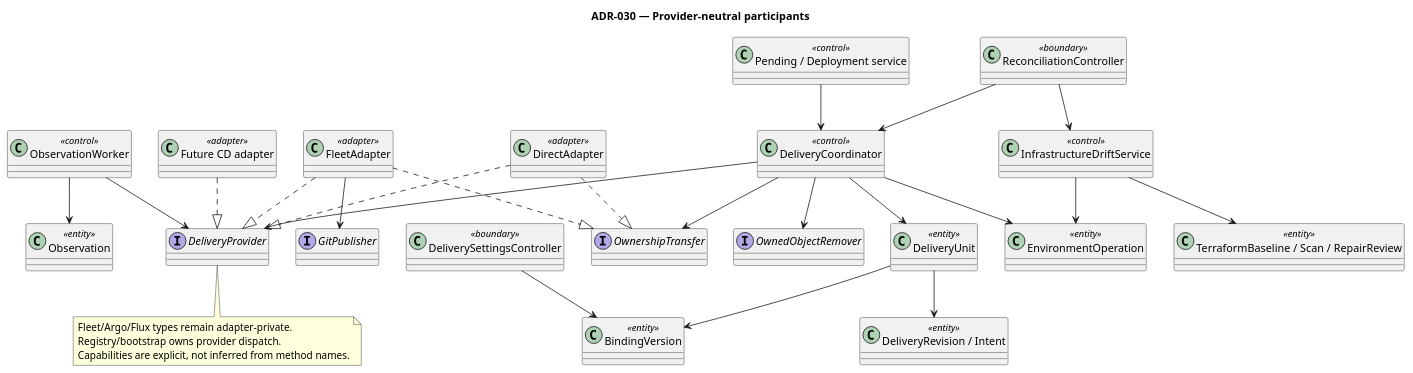
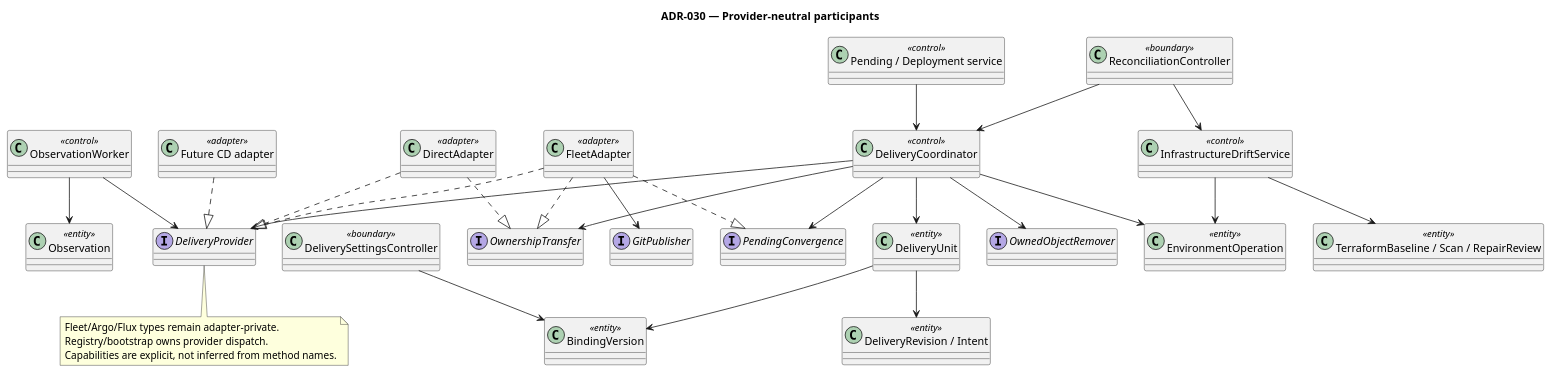
One commit to pr3s3nt/poc changed the diagram in orchestrator_docs/architecture/components/delivery-reconciliation-vopc.puml. Above: the diagram before and after it, drawn with PlantUML. The commit also changed 18 other files, not shown here.

Commit message:
fix: converge receipted Fleet units under the active owner (Refs #49)

```diff
--- a/orchestrator_docs/architecture/components/delivery-reconciliation-vopc.puml
+++ b/orchestrator_docs/architecture/components/delivery-reconciliation-vopc.puml
@@ -1,49 +1,52 @@
 @startuml
 title ADR-030 — Provider-neutral participants
 skinparam componentStyle rectangle
 class "DeliverySettingsController" <<boundary>>
 class "ReconciliationController" <<boundary>>
 class "Pending / Deployment service" <<control>>
 class "DeliveryCoordinator" <<control>>
 class "ObservationWorker" <<control>>
 class "InfrastructureDriftService" <<control>>
 interface "DeliveryProvider" as Provider
 interface "OwnershipTransfer" as Transfer
+interface "PendingConvergence" as Converge
 interface "GitPublisher" as Publisher
 interface "OwnedObjectRemover" as Remover
 class "DirectAdapter" <<adapter>>
 class "FleetAdapter" <<adapter>>
 class "Future CD adapter" <<adapter>>
 class "BindingVersion" <<entity>>
 class "DeliveryUnit" <<entity>>
 class "DeliveryRevision / Intent" <<entity>>
 class "Observation" <<entity>>
 class "TerraformBaseline / Scan / RepairReview" <<entity>>
 class "EnvironmentOperation" <<entity>>
 "DeliverySettingsController" --> "BindingVersion"
 "ReconciliationController" --> "DeliveryCoordinator"
 "ReconciliationController" --> "InfrastructureDriftService"
 "Pending / Deployment service" --> "DeliveryCoordinator"
 "DeliveryCoordinator" --> Provider
 "DeliveryCoordinator" --> Transfer
+"DeliveryCoordinator" --> Converge
 "DeliveryCoordinator" --> Remover
 "DeliveryCoordinator" --> "EnvironmentOperation"
 "DeliveryCoordinator" --> "DeliveryUnit"
 "DeliveryUnit" --> "DeliveryRevision / Intent"
 "DeliveryUnit" --> "BindingVersion"
 "ObservationWorker" --> Provider
 "ObservationWorker" --> "Observation"
 "InfrastructureDriftService" --> "TerraformBaseline / Scan / RepairReview"
 "InfrastructureDriftService" --> "EnvironmentOperation"
 "DirectAdapter" ..|> Provider
 "FleetAdapter" ..|> Provider
 "Future CD adapter" ..|> Provider
 "DirectAdapter" ..|> Transfer
 "FleetAdapter" ..|> Transfer
+"FleetAdapter" ..|> Converge
 "FleetAdapter" --> Publisher
 note bottom of Provider
 Fleet/Argo/Flux types remain adapter-private.
 Registry/bootstrap owns provider dispatch.
 Capabilities are explicit, not inferred from method names.
 end note
 @enduml
```
